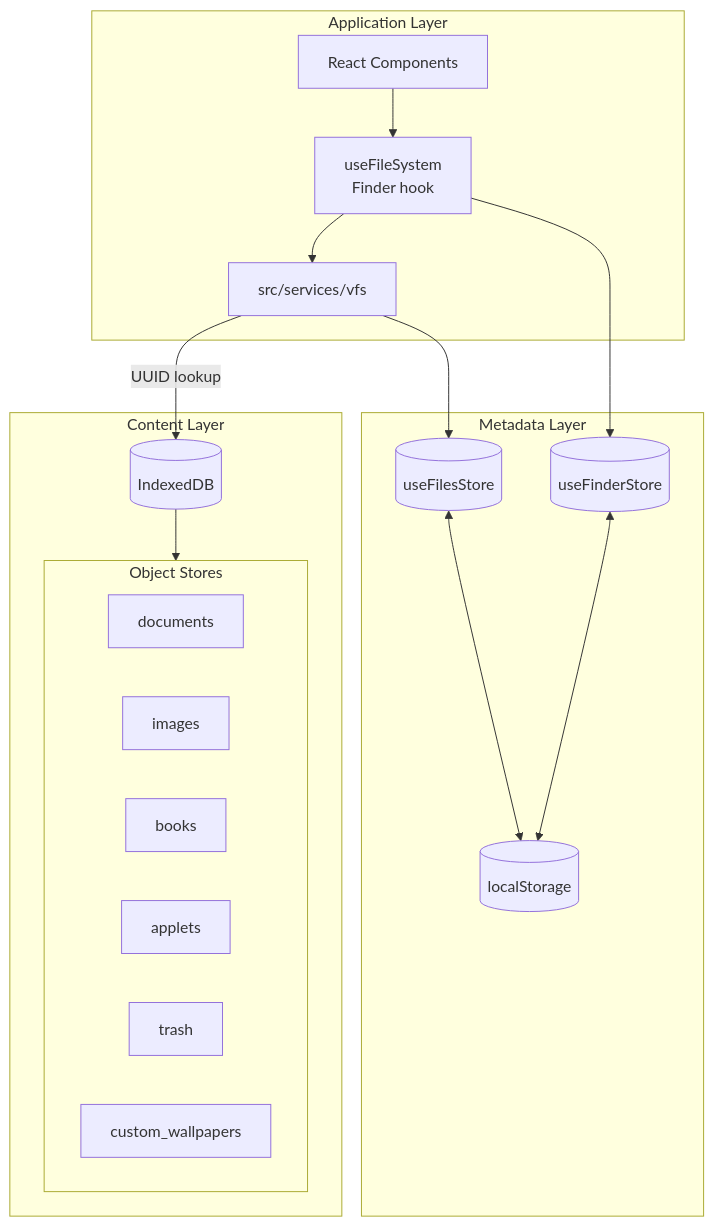
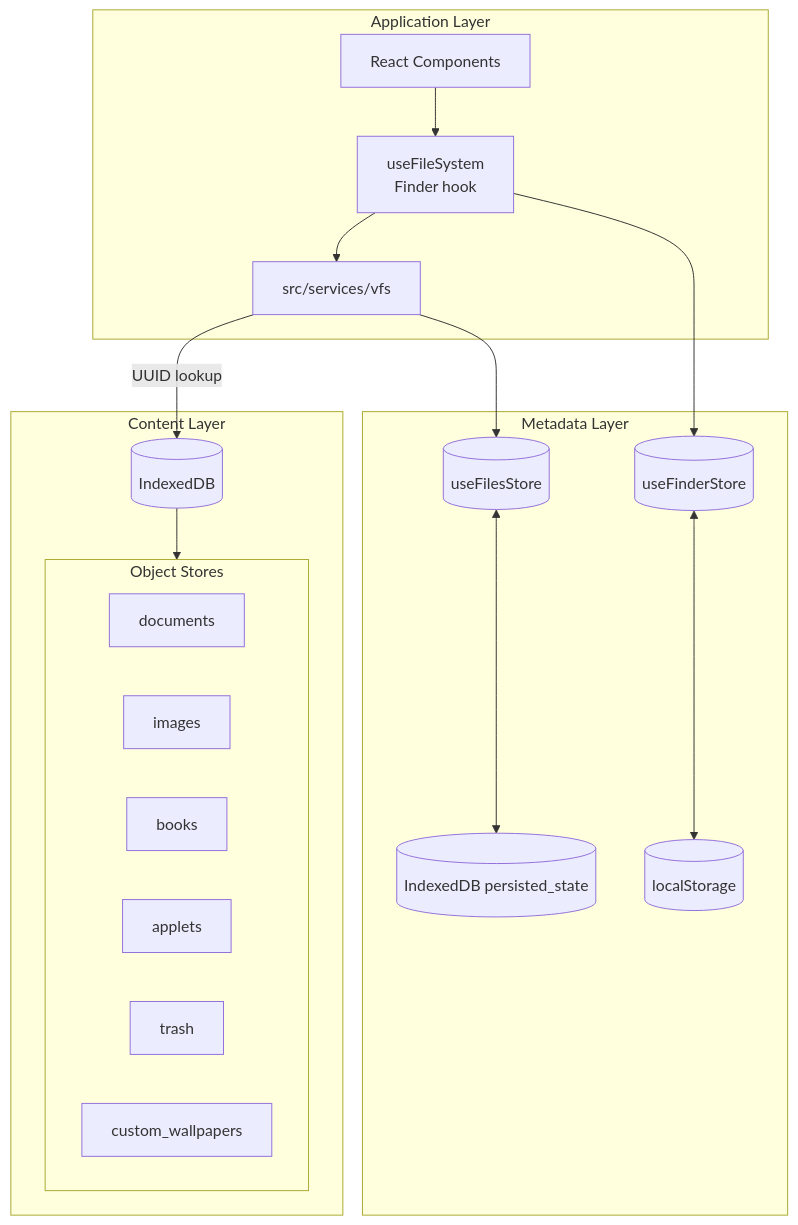
The first of 2 diagrams in docs/5-file-system.md (ryokun6/ryos), drawn with Mermaid before and after one commit. The commit also changed other lines of this file and 32 other files, not shown here.

````diff
--- a/docs/5-file-system.md
+++ b/docs/5-file-system.md
@@ -11,35 +11,36 @@
 ```mermaid
 graph TB
     subgraph Application["Application Layer"]
         App[React Components]
         Hook[useFileSystem<br/>Finder hook]
         Service[src/services/vfs]
     end
     
     subgraph Metadata["Metadata Layer"]
         FilesStore[(useFilesStore)]
         FinderStore[(useFinderStore)]
+        PersistedState[(IndexedDB persisted_state)]
         LocalStorage[(localStorage)]
     end
     
     subgraph Content["Content Layer"]
         IDB[(IndexedDB)]
         subgraph Stores["Object Stores"]
             Docs[documents]
             Imgs[images]
             Books[books]
             Apps[applets]
             Trash[trash]
             Wall[custom_wallpapers]
         end
     end
     
     App --> Hook
     Hook --> Service
     Service --> FilesStore
     Hook --> FinderStore
-    FilesStore <--> LocalStorage
+    FilesStore <--> PersistedState
     FinderStore <--> LocalStorage
     Service -->|"UUID lookup"| IDB
     IDB --> Stores
 ```
````
